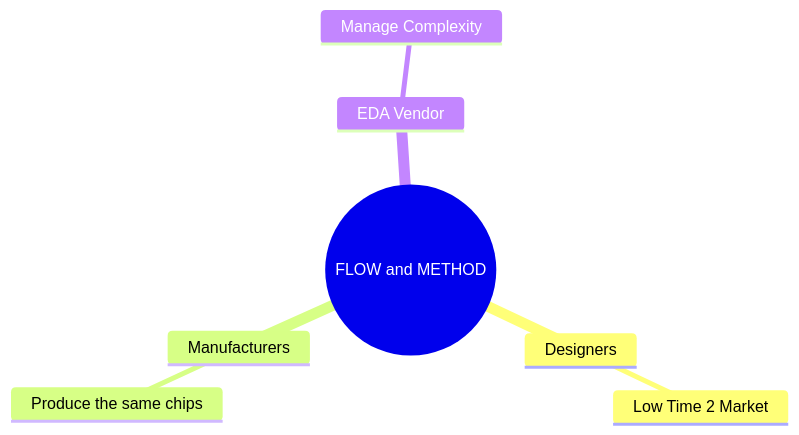
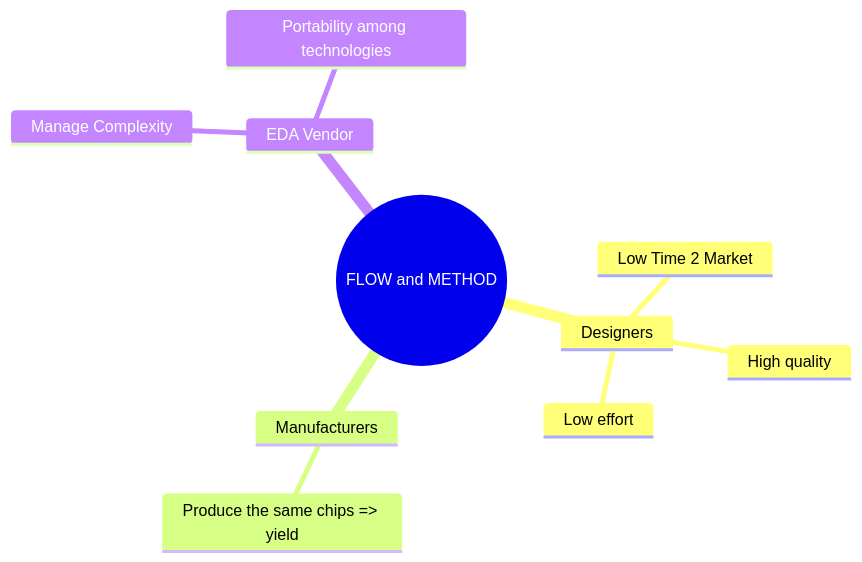
The diagram in vault/3_Uni/[SODS] Synthesis_and_optimization_of_digital_systems.md (ilnerdchuck/vault), drawn with Mermaid before and after one commit. The commit also changed other lines of this file and 73 other files, not shown here.

````diff
--- a/vault/3_Uni/[SODS] Synthesis_and_optimization_of_digital_systems.md
+++ b/vault/3_Uni/[SODS] Synthesis_and_optimization_of_digital_systems.md
@@ -95,10 +98,13 @@
 ```mermaid
 mindmap
   root((FLOW and METHOD))
     Designers
-        Low Time 2 Market 
+        Low Time 2 Market
+        High quality 
+        Low effort
     Manufacturers
-        Produce the same chips
+        Produce the same chips => yield
     EDA Vendor
         Manage Complexity
+        Portability among technologies
 ```
````
